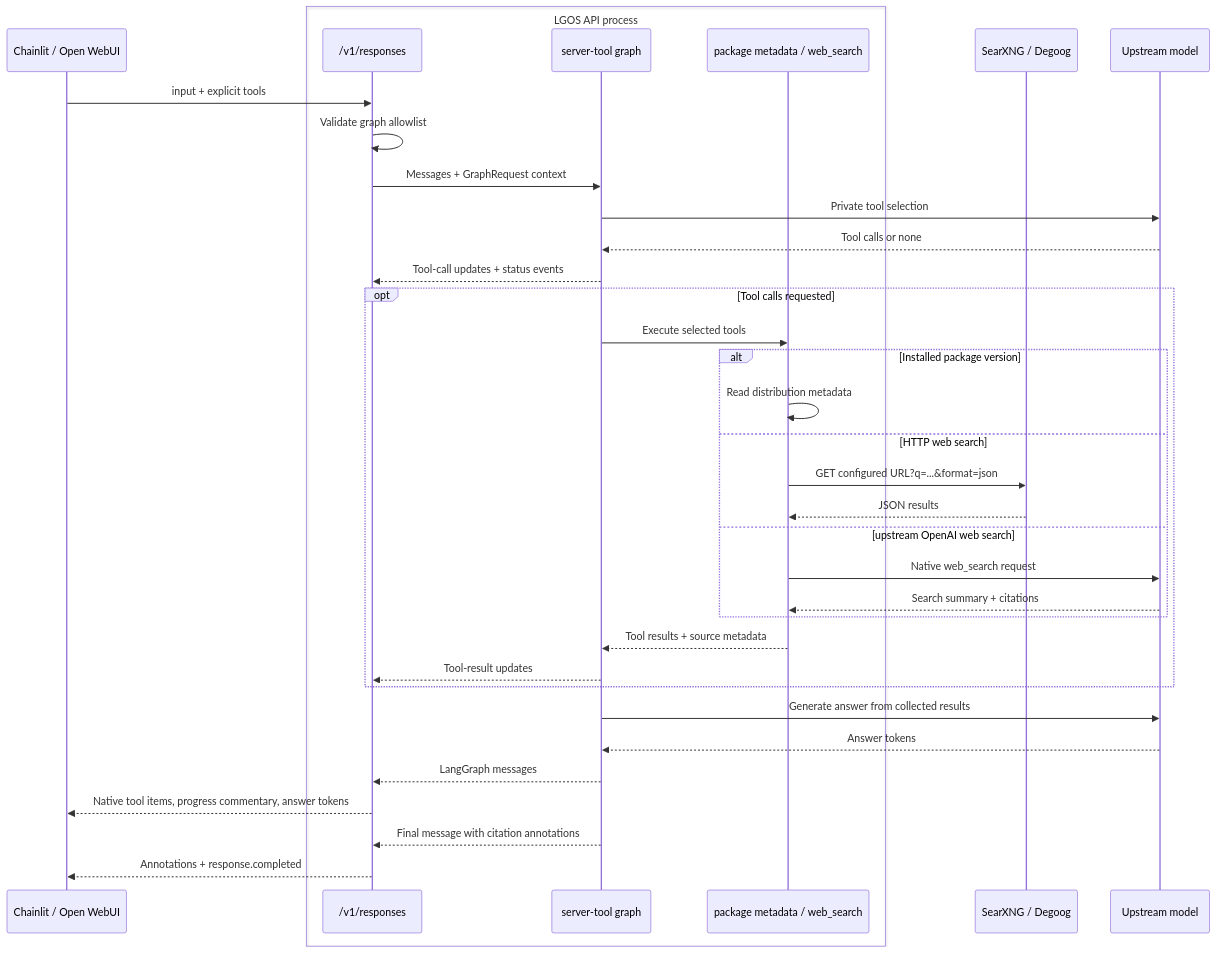
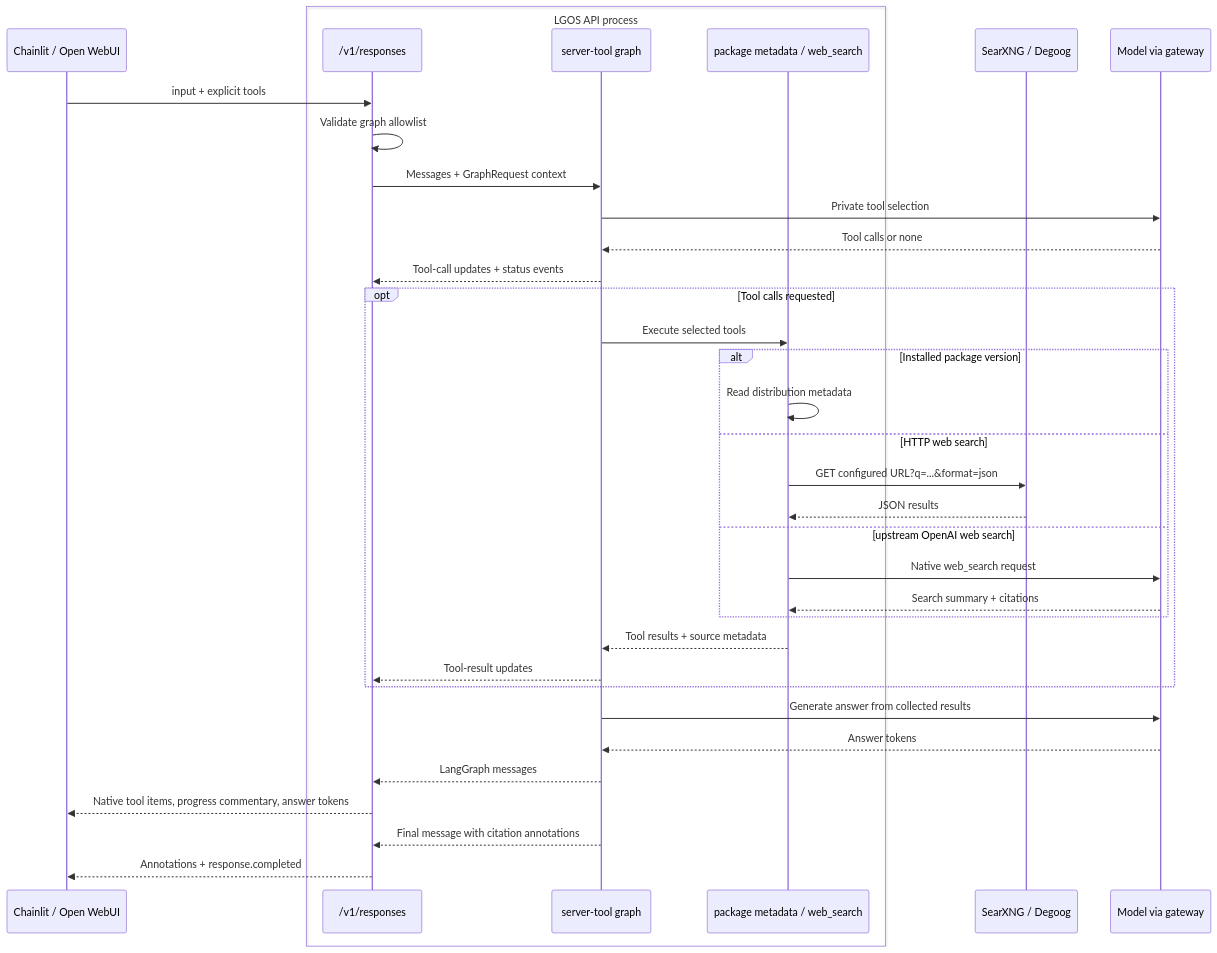
The second of 2 diagrams in docs/demo/graphs/server-tool.md (ilkersigirci/langgraph-openai-serve), drawn with Mermaid before and after one commit. The commit also changed other lines of this file and 54 other files, not shown here.

Commit message:
refactor: route model calls through the shared gateway

````diff
--- a/docs/demo/graphs/server-tool.md
+++ b/docs/demo/graphs/server-tool.md
@@ -41,38 +41,38 @@
 ```mermaid
 sequenceDiagram
   participant UI as Chainlit / Open WebUI
   box LGOS API process
     participant API as /v1/responses
     participant Graph as server-tool graph
     participant Tools as package metadata / web_search
   end
   participant Search as SearXNG / Degoog
-  participant Model as Upstream model
+  participant Model as Model via gateway
 
   UI->>API: input + explicit tools
   API->>API: Validate graph allowlist
   API->>Graph: Messages + GraphRequest context
   Graph->>Model: Private tool selection
   Model-->>Graph: Tool calls or none
   Graph-->>API: Tool-call updates + status events
   opt Tool calls requested
     Graph->>Tools: Execute selected tools
     alt Installed package version
       Tools->>Tools: Read distribution metadata
     else HTTP web search
       Tools->>Search: GET configured URL?q=...&format=json
       Search-->>Tools: JSON results
     else upstream OpenAI web search
       Tools->>Model: Native web_search request
       Model-->>Tools: Search summary + citations
     end
     Tools-->>Graph: Tool results + source metadata
     Graph-->>API: Tool-result updates
   end
   Graph->>Model: Generate answer from collected results
   Model-->>Graph: Answer tokens
   Graph-->>API: LangGraph messages
   API-->>UI: Native tool items, progress commentary, answer tokens
   Graph-->>API: Final message with citation annotations
   API-->>UI: Annotations + response.completed
 ```
````
